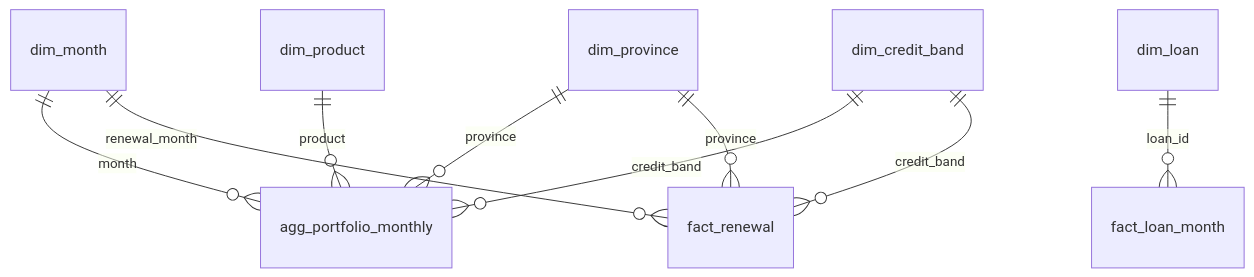
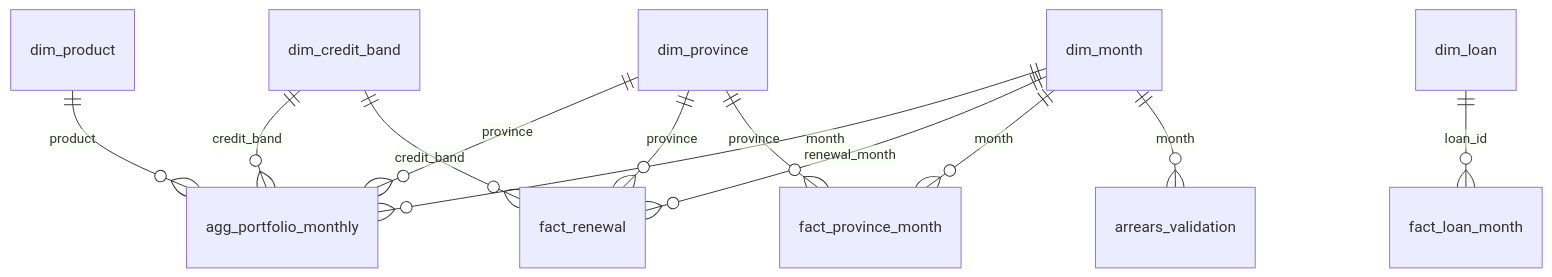
Before and after one commit to MokshJaiswal/canadian-credit-risk-analytics: the ninth of 11 diagrams in docs/PROJECT_EXPLAINED.md, drawn with Mermaid. The commit also changed other lines of this file and 3 other files, not shown here.

````diff
--- a/docs/PROJECT_EXPLAINED.md
+++ b/docs/PROJECT_EXPLAINED.md
@@ -503,11 +530,14 @@
 ```mermaid
 erDiagram
     dim_month ||--o{ agg_portfolio_monthly : month
     dim_province ||--o{ agg_portfolio_monthly : province
     dim_product ||--o{ agg_portfolio_monthly : product
     dim_credit_band ||--o{ agg_portfolio_monthly : credit_band
     dim_month ||--o{ fact_renewal : renewal_month
     dim_province ||--o{ fact_renewal : province
     dim_credit_band ||--o{ fact_renewal : credit_band
     dim_loan ||--o{ fact_loan_month : loan_id
+    dim_month ||--o{ fact_province_month : month
+    dim_province ||--o{ fact_province_month : province
+    dim_month ||--o{ arrears_validation : month
 ```
````
